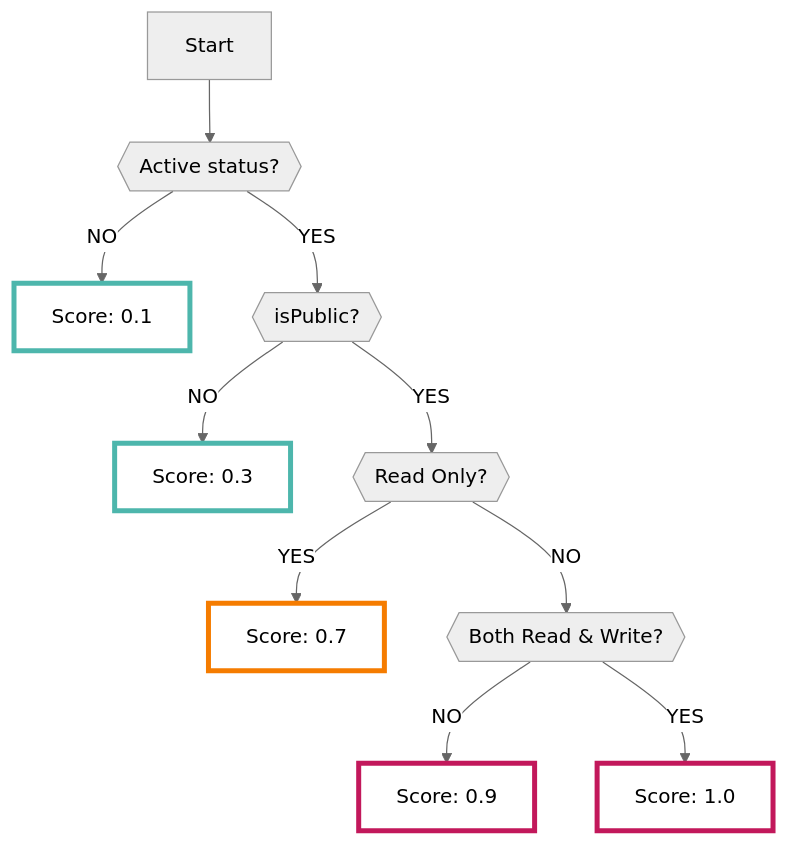
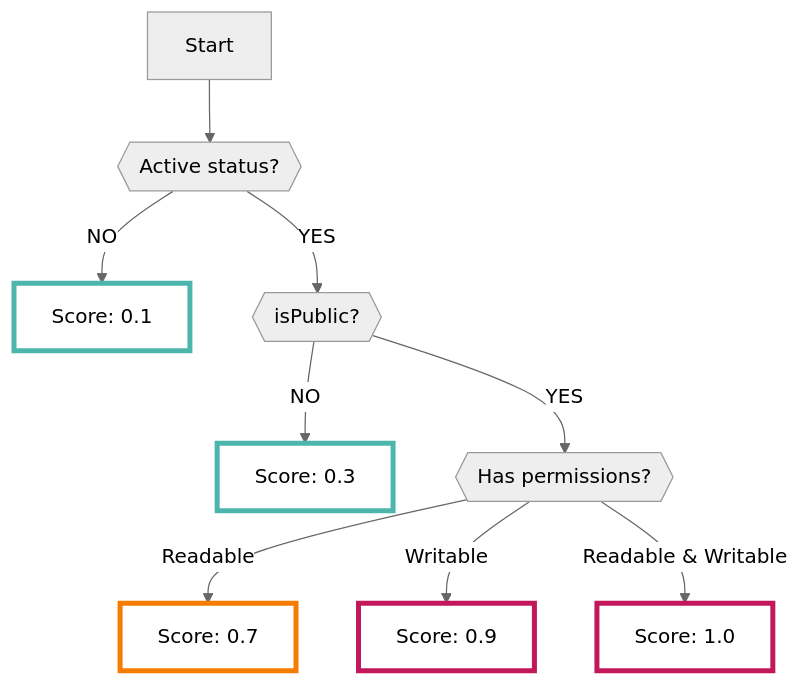
Before and after one commit to ca-risken/doc: the diagram in docs/aws/accessanalyzer.en.md, drawn with Mermaid (neutral theme). The commit also changed 1 other file, not shown here.

Commit message:
fix: mermaid graph

````diff
--- a/docs/aws/accessanalyzer.en.md
+++ b/docs/aws/accessanalyzer.en.md
@@ -33,15 +33,14 @@
 ```mermaid
 graph TD
     A[Start] --> B{{Active status?}};
     B -->|NO| C[Score: 0.1]:::low;
     B -->|YES| D{{isPublic?}};
     D -->|NO| E[Score: 0.3]:::low;
-    D -->|YES| F{{Read Only?}};
-    F -->|YES| G[Score: 0.7]:::mid;
-    F -->|NO| H{{Both Read & Write?}};
-    H -->|NO| I[Score: 0.9]:::high;
-    H -->|YES| J[Score: 1.0]:::high;
+    D -->|YES| F{{Has permissions?}};
+    F -->|Readable| G[Score: 0.7]:::mid;
+    F -->|Writable| H[Score: 0.9]:::high;
+    F -->|Readable & Writable| I[Score: 1.0]:::high;
     classDef high fill:#FFFFFF,stroke:#C2185B,stroke-width:4px;
     classDef mid fill:#FFFFFF,stroke:#F57C00,stroke-width:4px;
     classDef low fill:#FFFFFF,stroke:#4DB6AC,stroke-width:4px;
 ```
````
